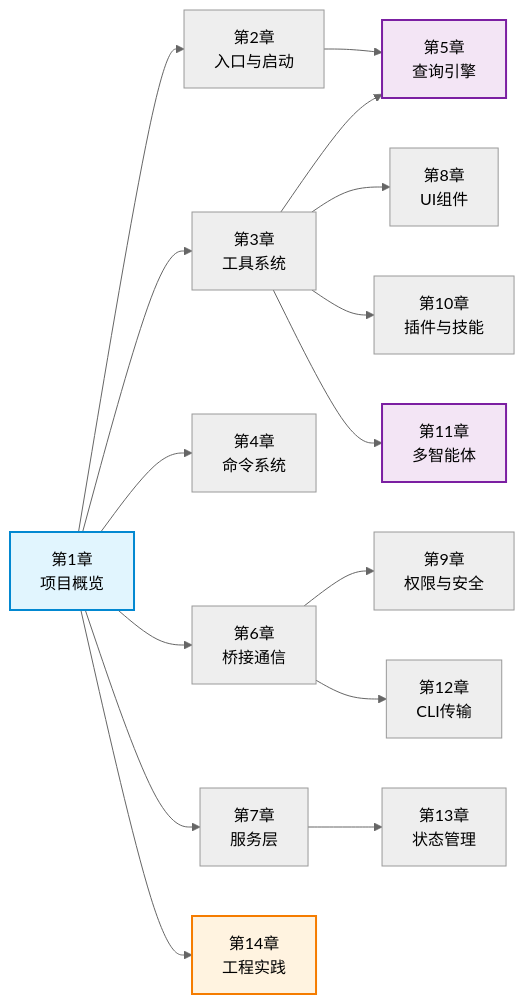
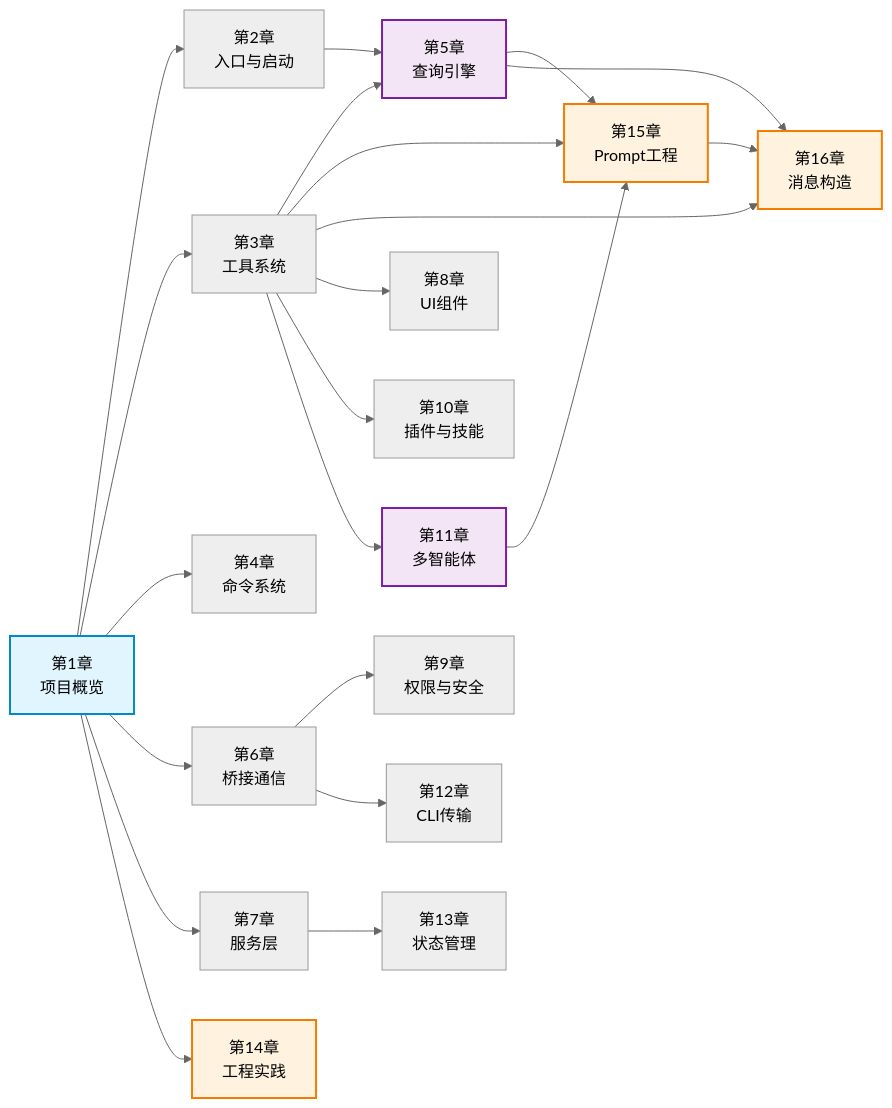
One commit to ji-yaodian/claude-code-book changed the diagram in docs/00-outline.mdx. Above: the diagram before and after it, drawn with Mermaid (neutral theme). The commit also changed other lines of this file and 5 other files, not shown here.

````diff
--- a/docs/00-outline.mdx
+++ b/docs/00-outline.mdx
@@ -138,25 +150,33 @@
 ```mermaid
 graph LR
     C01["第1章<br/>项目概览"] --> C02["第2章<br/>入口与启动"]
     C01 --> C03["第3章<br/>工具系统"]
     C01 --> C04["第4章<br/>命令系统"]
     C01 --> C06["第6章<br/>桥接通信"]
     C01 --> C07["第7章<br/>服务层"]
     C01 --> C14["第14章<br/>工程实践"]
 
     C02 --> C05["第5章<br/>查询引擎"]
     C03 --> C05
+    C05 --> C15["第15章<br/>Prompt工程"]
+    C03 --> C15
+    C15 --> C16["第16章<br/>消息构造"]
+    C05 --> C16
+    C03 --> C16
     C03 --> C08["第8章<br/>UI组件"]
     C03 --> C10["第10章<br/>插件与技能"]
     C03 --> C11["第11章<br/>多智能体"]
+    C11 --> C15
 
     C06 --> C09["第9章<br/>权限与安全"]
     C06 --> C12["第12章<br/>CLI传输"]
 
     C07 --> C13["第13章<br/>状态管理"]
 
     style C01 fill:#e1f5fe,stroke:#0288d1,stroke-width:2px
     style C14 fill:#fff3e0,stroke:#f57c00,stroke-width:2px
+    style C15 fill:#fff3e0,stroke:#f57c00,stroke-width:2px
+    style C16 fill:#fff3e0,stroke:#f57c00,stroke-width:2px
     style C05 fill:#f3e5f5,stroke:#7b1fa2,stroke-width:2px
     style C11 fill:#f3e5f5,stroke:#7b1fa2,stroke-width:2px
 ```
````
